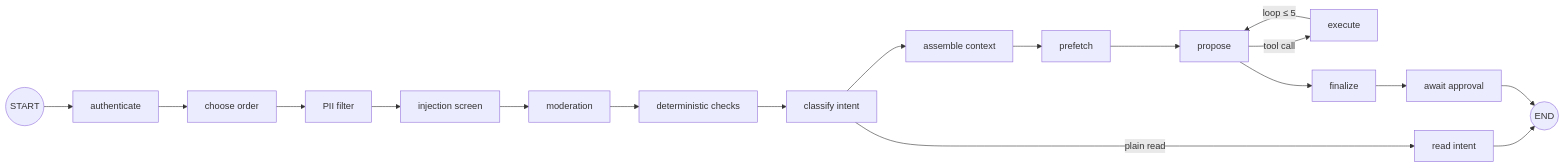
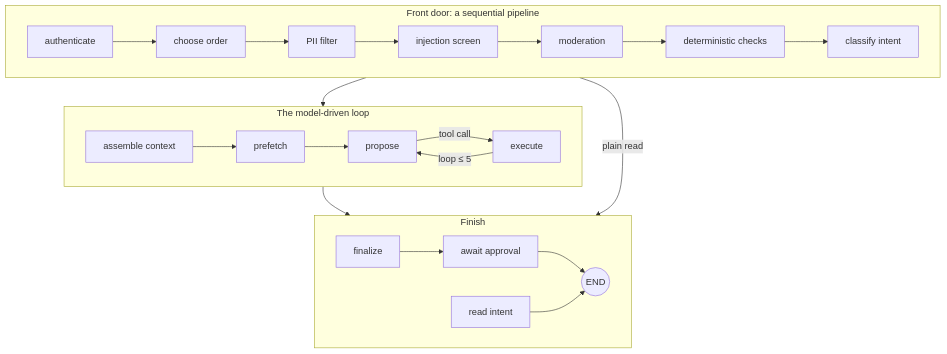
The seventh of 8 diagrams in content/en/docs/agentic_ai/workflow_design_patterns.md (kk-engineer/robosathi), drawn with Mermaid before and after one commit. The commit also changed other lines of this file and 19 other files, not shown here.

````diff
--- a/content/en/docs/agentic_ai/workflow_design_patterns.md
+++ b/content/en/docs/agentic_ai/workflow_design_patterns.md
@@ -173,9 +185,22 @@
 ```mermaid
-graph LR
-    S((START)) --> A[authenticate] --> CO[choose order] --> P1[PII filter] --> P2[injection screen] --> P3[moderation] --> P4[deterministic checks] --> CI[classify intent]
-    CI -->|plain read| RI[read intent] --> E((END))
-    CI --> AC[assemble context] --> PF[prefetch] --> PR[propose]
+graph TB
+    subgraph FD ["Front door: a sequential pipeline"]
+    direction LR
+    A[authenticate] --> CO[choose order] --> P1[PII filter] --> P2[injection screen]
+    P2 --> P3[moderation] --> P4[deterministic checks] --> CI[classify intent]
+    end
+    subgraph Core ["The model-driven loop"]
+    direction LR
+    AC[assemble context] --> PF[prefetch] --> PR[propose]
     PR -->|tool call| EX[execute]
     EX -->|"loop ≤ 5"| PR
-    PR --> FN[finalize] --> AW[await approval] --> E
+    end
+    subgraph Close ["Finish"]
+    direction LR
+    FN[finalize] --> AW[await approval] --> E((END))
+    RI[read intent] --> E
+    end
+    CI -->|plain read| RI
+    CI --> AC
+    PR --> FN
 ```
````
